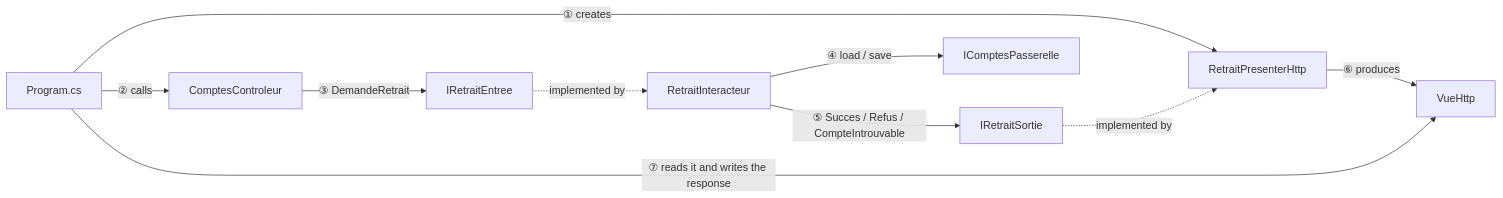
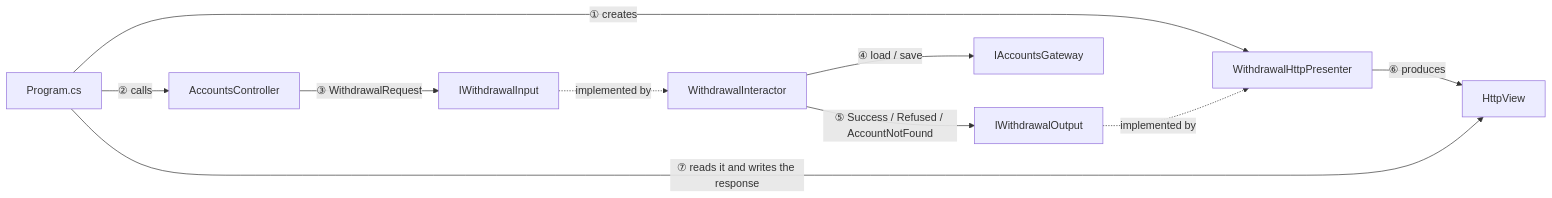
One commit to drangoht/ArchitecturesDemo changed the second of 3 diagrams in Docs/en/03-clean.md. Above: the diagram before and after it, drawn with Mermaid. The commit also changed other lines of this file and 78 other files, not shown here.

First line of the commit message:
Docs EN : identifiants, liens, diagrammes et sorties alignés sur le code anglais

````diff
--- a/Docs/en/03-clean.md
+++ b/Docs/en/03-clean.md
@@ -65,12 +65,12 @@
 ```mermaid
 flowchart LR
-    Web["Program.cs"] -->|"① creates"| P["RetraitPresenterHttp"]
-    Web -->|"② calls"| C["ComptesControleur"]
-    C -->|"③ DemandeRetrait"| IE["IRetraitEntree"]
-    IE -.->|"implemented by"| I["RetraitInteracteur"]
-    I -->|"④ load / save"| G["IComptesPasserelle"]
-    I -->|"⑤ Succes / Refus / CompteIntrouvable"| OS["IRetraitSortie"]
+    Web["Program.cs"] -->|"① creates"| P["WithdrawalHttpPresenter"]
+    Web -->|"② calls"| C["AccountsController"]
+    C -->|"③ WithdrawalRequest"| IE["IWithdrawalInput"]
+    IE -.->|"implemented by"| I["WithdrawalInteractor"]
+    I -->|"④ load / save"| G["IAccountsGateway"]
+    I -->|"⑤ Success / Refused / AccountNotFound"| OS["IWithdrawalOutput"]
     OS -.->|"implemented by"| P
-    P -->|"⑥ produces"| V["VueHttp"]
+    P -->|"⑥ produces"| V["HttpView"]
     Web -->|"⑦ reads it and writes the response"| V
 ```
````
